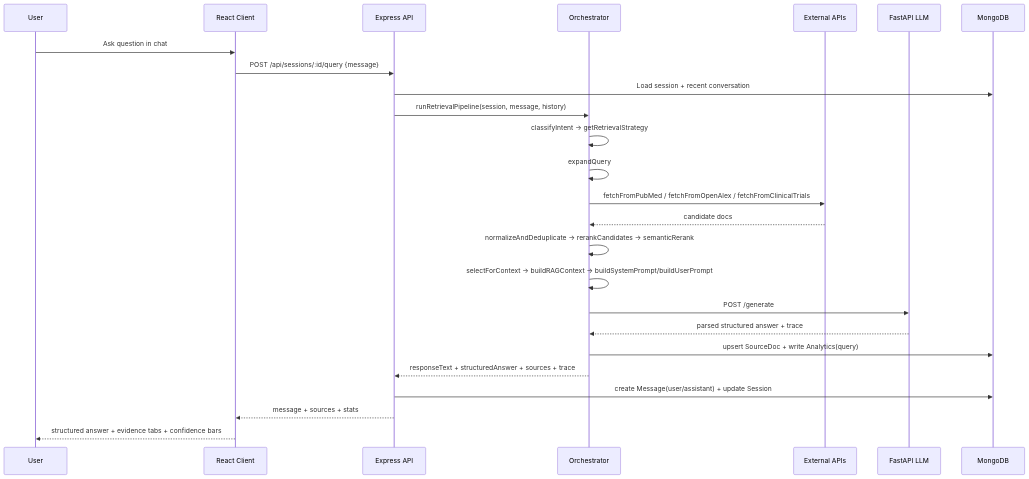
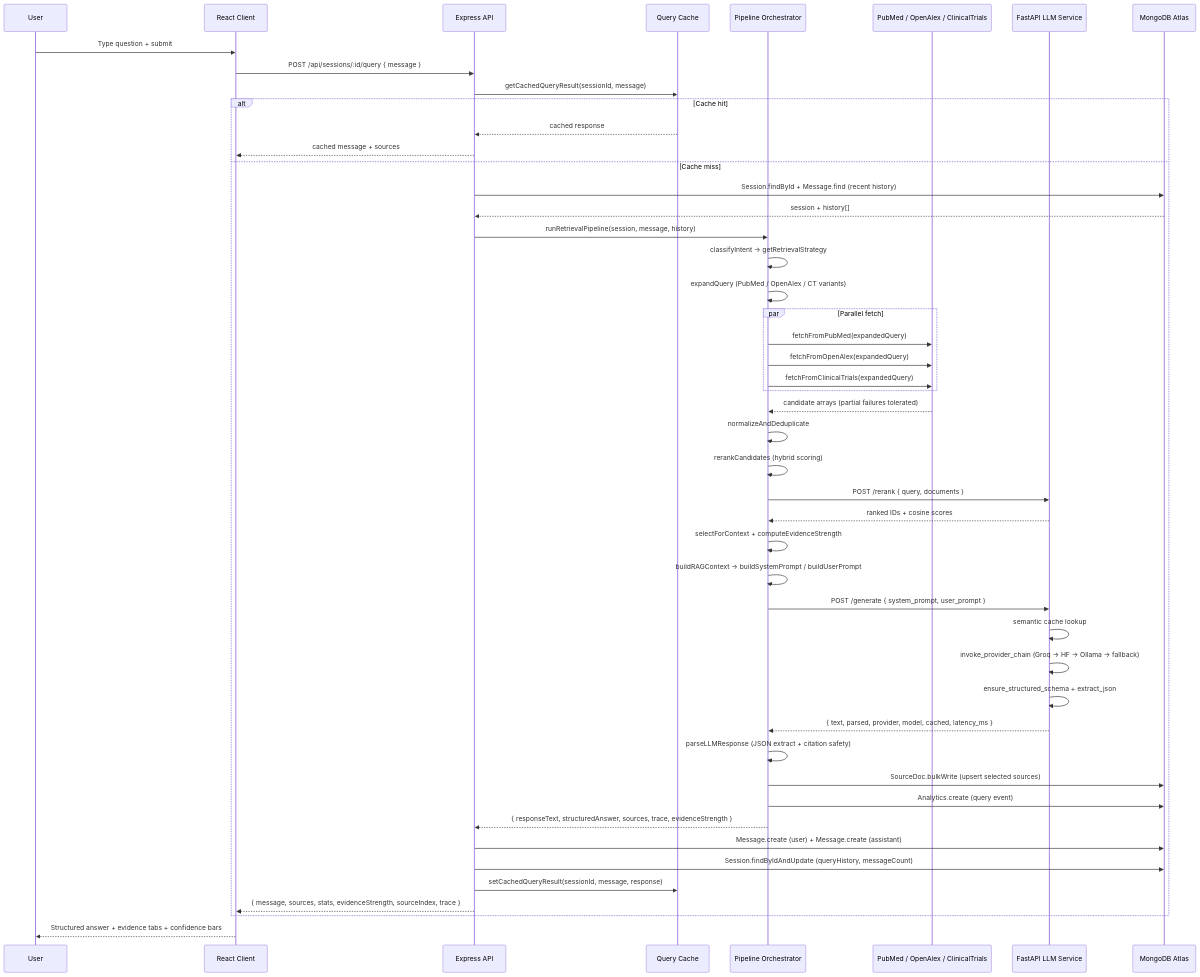
One commit to nikkkhil2935/Curalink changed the second of 3 diagrams in README.md. Above: the diagram before and after it, drawn with Mermaid. The commit also changed other lines of this file, not shown here.

````diff
--- a/README.md
+++ b/README.md
@@ -201,28 +462,51 @@
 ```mermaid
 sequenceDiagram
   participant User
   participant FE as React Client
   participant API as Express API
-  participant P as Orchestrator
-  participant Ext as External APIs
-  participant LLM as FastAPI LLM
-  participant DB as MongoDB
+  participant CACHE as Query Cache
+  participant ORCH as Pipeline Orchestrator
+  participant EXT as PubMed / OpenAlex / ClinicalTrials
+  participant LLM as FastAPI LLM Service
+  participant DB as MongoDB Atlas
 
-  User->>FE: Ask question in chat
-  FE->>API: POST /api/sessions/:id/query {message}
-  API->>DB: Load session + recent conversation
-  API->>P: runRetrievalPipeline(session, message, history)
-  P->>P: classifyIntent -> getRetrievalStrategy
-  P->>P: expandQuery
-  P->>Ext: fetchFromPubMed / fetchFromOpenAlex / fetchFromClinicalTrials
-  Ext-->>P: candidate docs
-  P->>P: normalizeAndDeduplicate -> rerankCandidates -> semanticRerank
-  P->>P: selectForContext -> buildRAGContext -> buildSystemPrompt/buildUserPrompt
-  P->>LLM: POST /generate
-  LLM-->>P: parsed structured answer + trace
-  P->>DB: upsert SourceDoc + write Analytics(query)
-  P-->>API: responseText + structuredAnswer + sources + trace
-  API->>DB: create Message(user/assistant) + update Session
-  API-->>FE: message + sources + stats
-  FE-->>User: structured answer + evidence tabs + confidence bars
+  User->>FE: Type question + submit
+  FE->>API: POST /api/sessions/:id/query { message }
+  API->>CACHE: getCachedQueryResult(sessionId, message)
+  alt Cache hit
+    CACHE-->>API: cached response
+    API-->>FE: cached message + sources
+  else Cache miss
+    API->>DB: Session.findById + Message.find (recent history)
+    DB-->>API: session + history[]
+    API->>ORCH: runRetrievalPipeline(session, message, history)
+    ORCH->>ORCH: classifyIntent → getRetrievalStrategy
+    ORCH->>ORCH: expandQuery (PubMed / OpenAlex / CT variants)
+    par Parallel fetch
+      ORCH->>EXT: fetchFromPubMed(expandedQuery)
+      ORCH->>EXT: fetchFromOpenAlex(expandedQuery)
+      ORCH->>EXT: fetchFromClinicalTrials(expandedQuery)
+    end
+    EXT-->>ORCH: candidate arrays (partial failures tolerated)
+    ORCH->>ORCH: normalizeAndDeduplicate
+    ORCH->>ORCH: rerankCandidates (hybrid scoring)
+    ORCH->>LLM: POST /rerank { query, documents }
+    LLM-->>ORCH: ranked IDs + cosine scores
+    ORCH->>ORCH: selectForContext + computeEvidenceStrength
+    ORCH->>ORCH: buildRAGContext → buildSystemPrompt / buildUserPrompt
+    ORCH->>LLM: POST /generate { system_prompt, user_prompt }
+    LLM->>LLM: semantic cache lookup
+    LLM->>LLM: invoke_provider_chain (Groq → HF → Ollama → fallback)
+    LLM->>LLM: ensure_structured_schema + extract_json
+    LLM-->>ORCH: { text, parsed, provider, model, cached, latency_ms }
+    ORCH->>ORCH: parseLLMResponse (JSON extract + citation safety)
+    ORCH->>DB: SourceDoc.bulkWrite (upsert selected sources)
+    ORCH->>DB: Analytics.create (query event)
+    ORCH-->>API: { responseText, structuredAnswer, sources, trace, evidenceStrength }
+    API->>DB: Message.create (user) + Message.create (assistant)
+    API->>DB: Session.findByIdAndUpdate (queryHistory, messageCount)
+    API->>CACHE: setCachedQueryResult(sessionId, message, response)
+    API-->>FE: { message, sources, stats, evidenceStrength, sourceIndex, trace }
+  end
+  FE-->>User: Structured answer + evidence tabs + confidence bars
 ```
````
